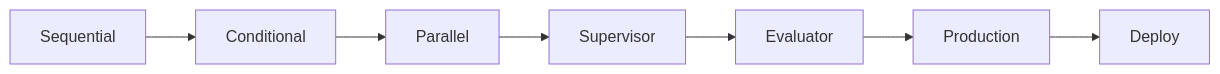
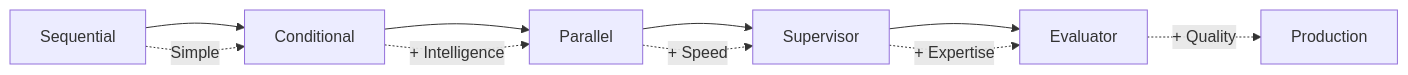
One commit to rulala/fac-ws_ai_multi-agent changed the first of 10 diagrams in PATTERNS.md. Above: the diagram before and after it, drawn with Mermaid.

````diff
--- a/PATTERNS.md
+++ b/PATTERNS.md
@@ -5,9 +5,13 @@
 ```mermaid
 graph LR
     A[Sequential] --> B[Conditional]
     B --> C[Parallel]
     C --> D[Supervisor]
     D --> E[Evaluator]
-    E --> F[Production]
-    F --> G[Deploy]
+
+    A -.->|Simple| B
+    B -.->|+ Intelligence| C
+    C -.->|+ Speed| D
+    D -.->|+ Expertise| E
+    E -.->|+ Quality| F[Production]
 ```
````
